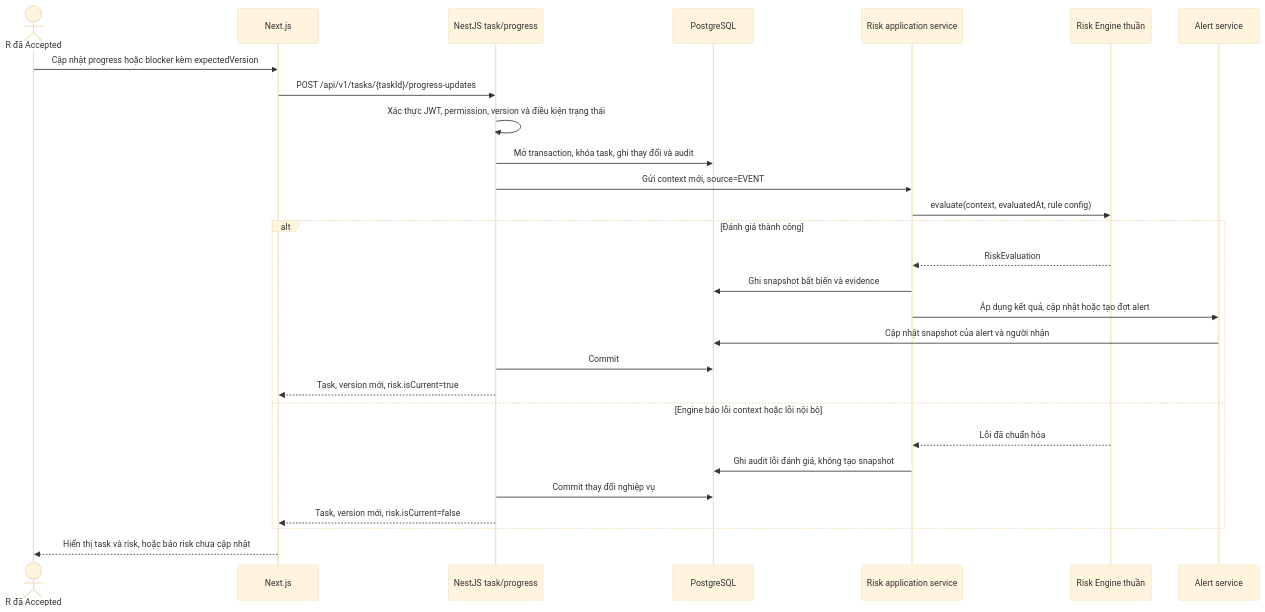
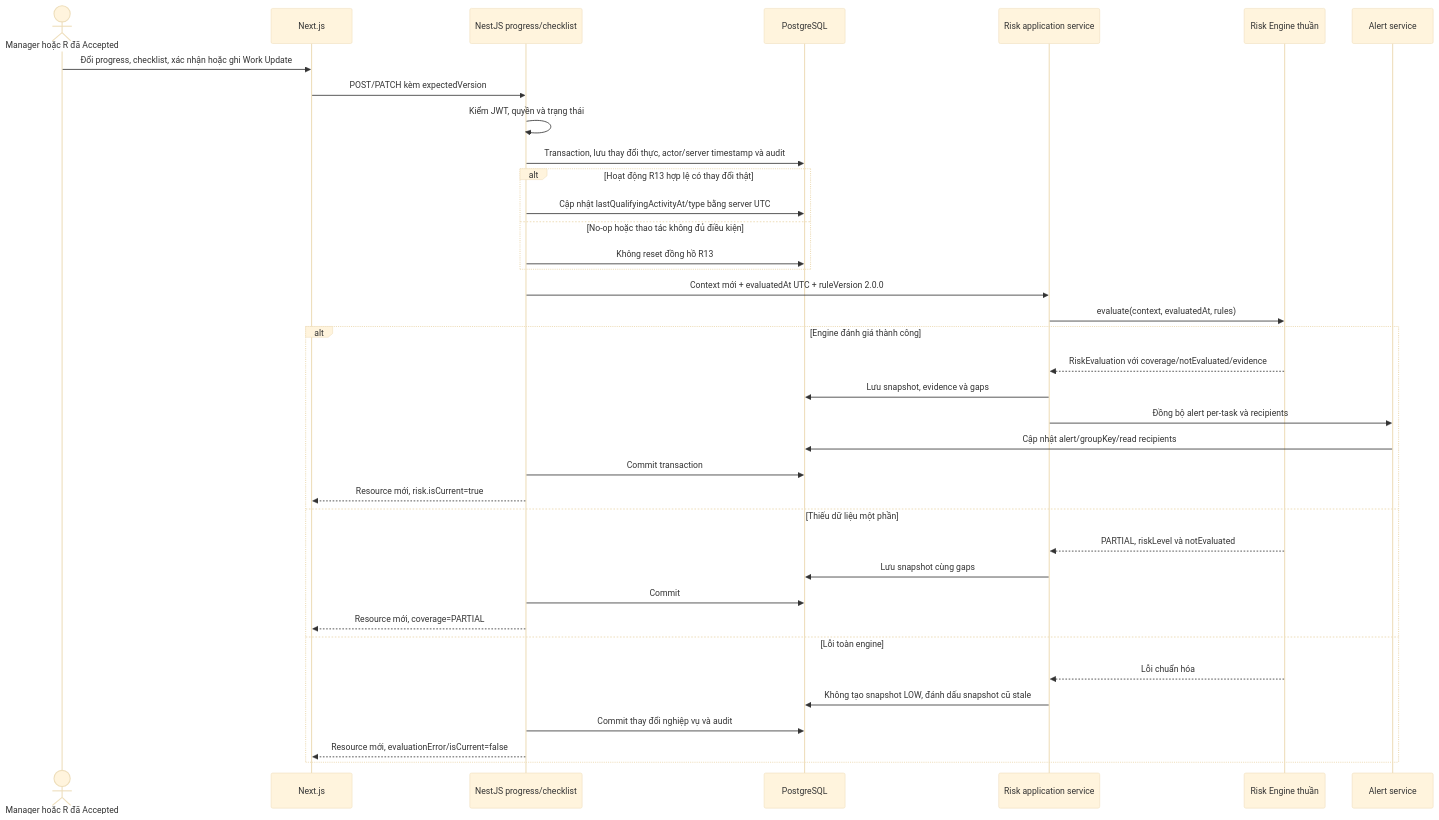
Before and after one commit to KhoiTran2905/CWRM-platform: the third of 4 diagrams in docs/architecture/CWRM-11_Architecture.md, drawn with Mermaid (base theme). The commit also changed other lines of this file and 3 other files, not shown here.

````diff
--- a/docs/architecture/CWRM-11_Architecture.md
+++ b/docs/architecture/CWRM-11_Architecture.md
@@ -261,31 +250,40 @@
 ```mermaid
 sequenceDiagram
-    actor R as R đã Accepted
+    actor U as Manager hoặc R đã Accepted
     participant UI as Next.js
-    participant API as NestJS task/progress
+    participant API as NestJS progress/checklist
     participant DB as PostgreSQL
-    participant RE as Risk application service
+    participant APP as Risk application service
     participant ENGINE as Risk Engine thuần
-    participant AL as Alert service
+    participant ALERT as Alert service
 
-    R->>UI: Cập nhật progress hoặc blocker kèm expectedVersion
-    UI->>API: POST /api/v1/tasks/{taskId}/progress-updates
-    API->>API: Xác thực JWT, permission, version và điều kiện trạng thái
-    API->>DB: Mở transaction, khóa task, ghi thay đổi và audit
-    API->>RE: Gửi context mới, source=EVENT
-    RE->>ENGINE: evaluate(context, evaluatedAt, rule config)
-    alt Đánh giá thành công
-        ENGINE-->>RE: RiskEvaluation
-        RE->>DB: Ghi snapshot bất biến và evidence
-        RE->>AL: Áp dụng kết quả, cập nhật hoặc tạo đợt alert
-        AL->>DB: Cập nhật snapshot của alert và người nhận
+    U->>UI: Đổi progress, checklist, xác nhận hoặc ghi Work Update
+    UI->>API: POST/PATCH kèm expectedVersion
+    API->>API: Kiểm JWT, quyền và trạng thái
+    API->>DB: Transaction, lưu thay đổi thực, actor/server timestamp và audit
+    alt Hoạt động R13 hợp lệ có thay đổi thật
+        API->>DB: Cập nhật lastQualifyingActivityAt/type bằng server UTC
+    else No-op hoặc thao tác không đủ điều kiện
+        API->>DB: Không reset đồng hồ R13
+    end
+    API->>APP: Context mới + evaluatedAt UTC + ruleVersion 2.0.0
+    APP->>ENGINE: evaluate(context, evaluatedAt, rules)
+    alt Engine đánh giá thành công
+        ENGINE-->>APP: RiskEvaluation với coverage/notEvaluated/evidence
+        APP->>DB: Lưu snapshot, evidence và gaps
+        APP->>ALERT: Đồng bộ alert per-task và recipients
+        ALERT->>DB: Cập nhật alert/groupKey/read recipients
+        API->>DB: Commit transaction
+        API-->>UI: Resource mới, risk.isCurrent=true
+    else Thiếu dữ liệu một phần
+        ENGINE-->>APP: PARTIAL, riskLevel và notEvaluated
+        APP->>DB: Lưu snapshot cùng gaps
         API->>DB: Commit
-        API-->>UI: Task, version mới, risk.isCurrent=true
-    else Engine báo lỗi context hoặc lỗi nội bộ
-        ENGINE-->>RE: Lỗi đã chuẩn hóa
-        RE->>DB: Ghi audit lỗi đánh giá, không tạo snapshot
-        API->>DB: Commit thay đổi nghiệp vụ
-        API-->>UI: Task, version mới, risk.isCurrent=false
+        API-->>UI: Resource mới, coverage=PARTIAL
+    else Lỗi toàn engine
+        ENGINE-->>APP: Lỗi chuẩn hóa
+        APP->>DB: Không tạo snapshot LOW, đánh dấu snapshot cũ stale
+        API->>DB: Commit thay đổi nghiệp vụ và audit
+        API-->>UI: Resource mới, evaluationError/isCurrent=false
     end
-    UI-->>R: Hiển thị task và risk, hoặc báo risk chưa cập nhật
 ```
````
